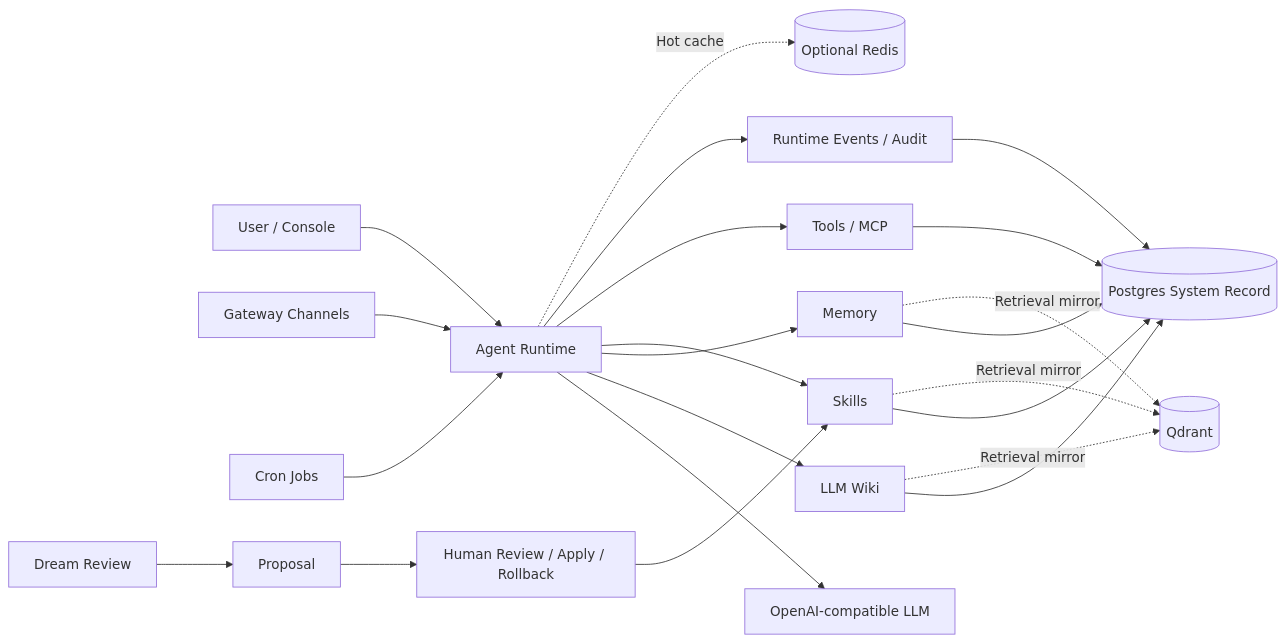
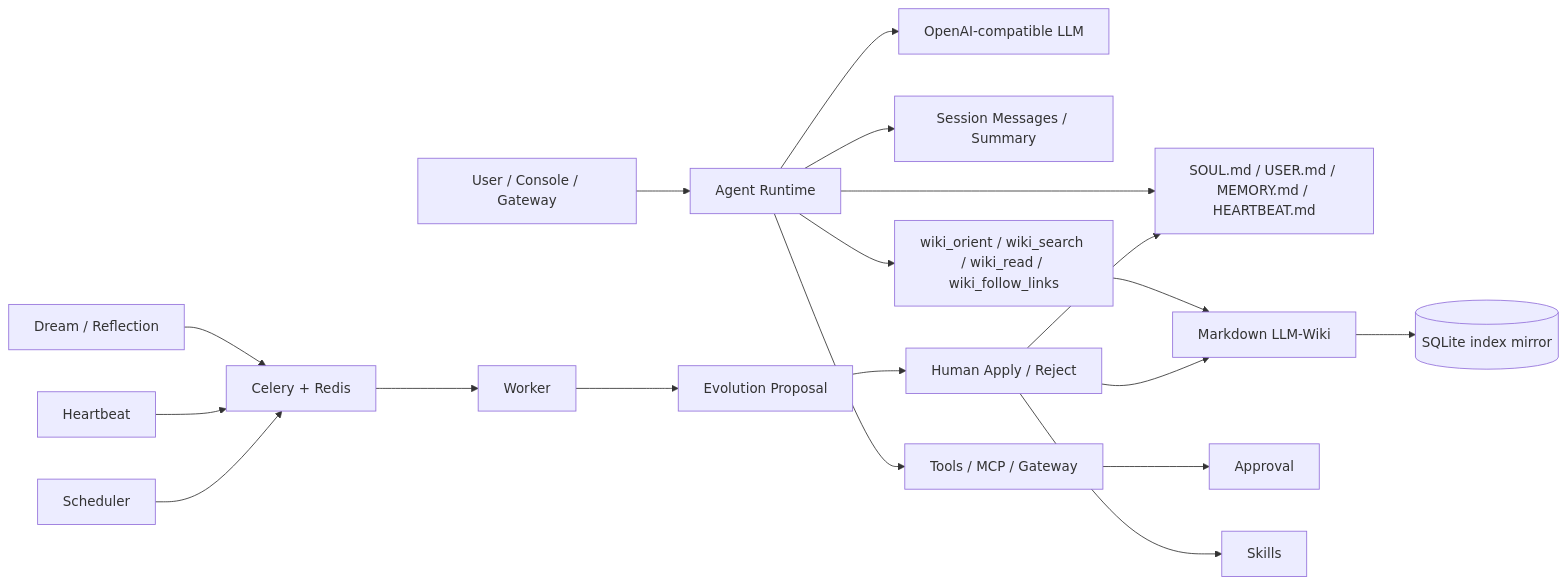
Before and after one commit to LittleSongxx/SoulClaw: the diagram in README.en.md, drawn with Mermaid. The commit also changed other lines of this file and 95 other files, not shown here.

````diff
--- a/README.en.md
+++ b/README.en.md
@@ -15,28 +15,21 @@
 ```mermaid
 flowchart LR
-    User[User / Console] --> Agent[Agent Runtime]
-    Gateway[Gateway Channels] --> Agent
-    Cron[Cron Jobs] --> Agent
-
+    User[User / Console / Gateway] --> Agent[Agent Runtime]
     Agent --> LLM[OpenAI-compatible LLM]
-    Agent --> Wiki[LLM Wiki]
-    Agent --> Memory[Memory]
-    Agent --> Skills[Skills]
-    Agent --> Tools[Tools / MCP]
-
-    Wiki --> Postgres[(Postgres System Record)]
-    Memory --> Postgres
-    Skills --> Postgres
-    Tools --> Postgres
-    Agent --> Events[Runtime Events / Audit]
-    Events --> Postgres
-
-    Wiki -. Retrieval mirror .-> Qdrant[(Qdrant)]
-    Memory -. Retrieval mirror .-> Qdrant
-    Skills -. Retrieval mirror .-> Qdrant
-    Agent -. Hot cache .-> Redis[(Optional Redis)]
-
-    Dream[Dream Review] --> Proposal[Proposal]
-    Proposal --> Approval[Human Review / Apply / Rollback]
-    Approval --> Skills
+    Agent --> Conv[Session Messages / Summary]
+    Agent --> Files[SOUL.md / USER.md / MEMORY.md / HEARTBEAT.md]
+    Agent --> WikiTools[wiki_orient / wiki_search / wiki_read / wiki_follow_links]
+    WikiTools --> Wiki[Markdown LLM-Wiki]
+    Wiki --> SQLite[(SQLite index mirror)]
+    Agent --> Tools[Tools / MCP / Gateway]
+    Tools --> Approval[Approval]
+    Dream[Dream / Reflection] --> Queue[Celery + Redis]
+    Heartbeat[Heartbeat] --> Queue
+    Scheduler[Scheduler] --> Queue
+    Queue --> Worker[Worker]
+    Worker --> Proposal[Evolution Proposal]
+    Proposal --> Human[Human Apply / Reject]
+    Human --> Files
+    Human --> Wiki
+    Human --> Skills
 ```
````
